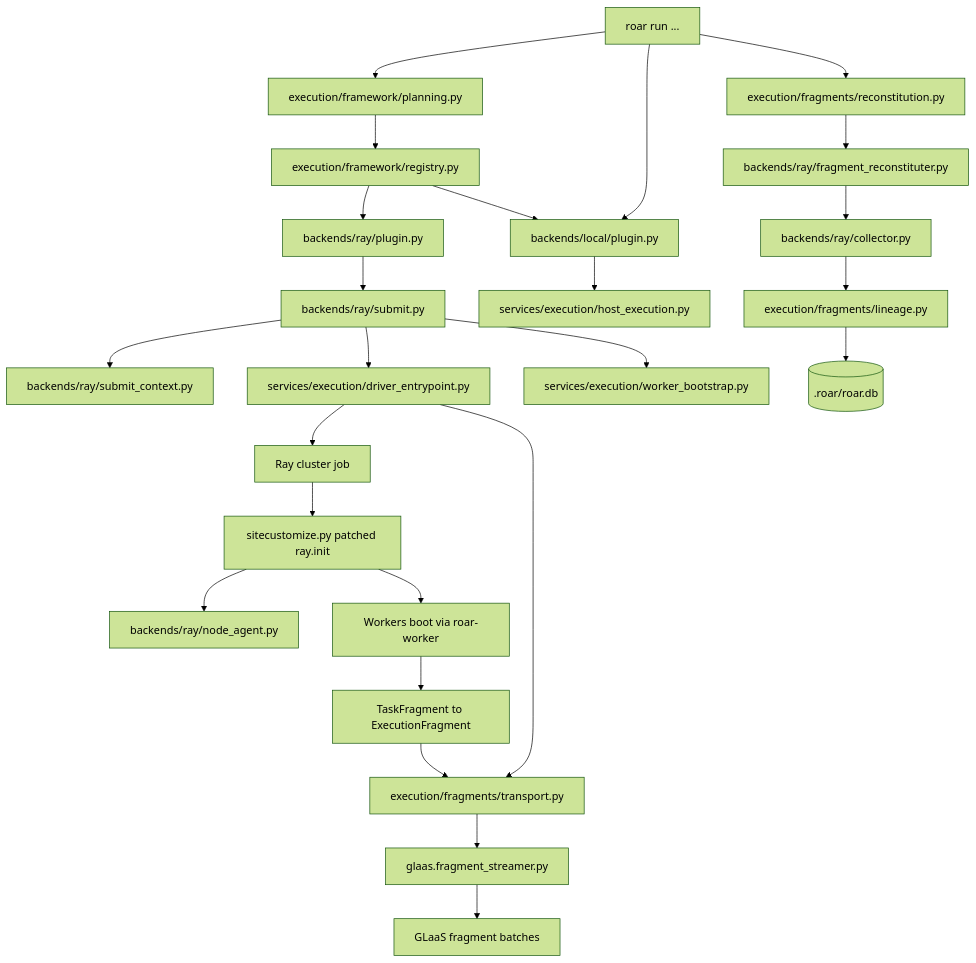
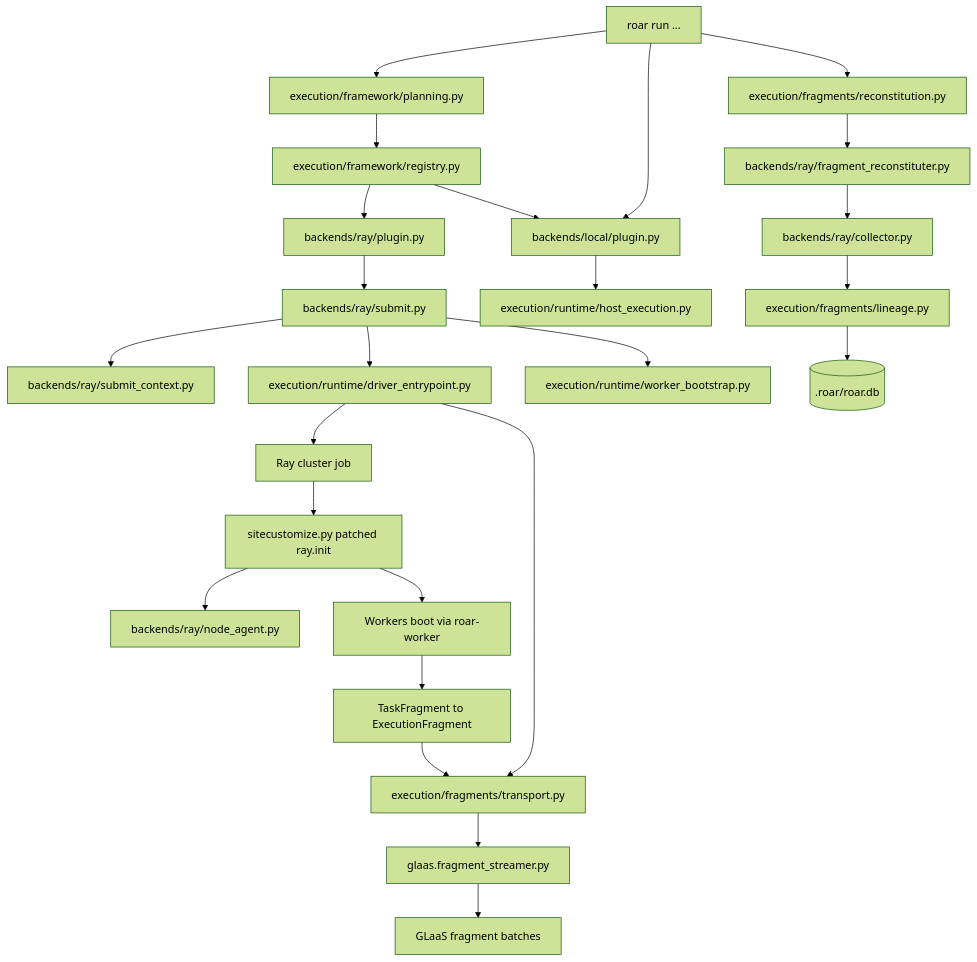
One commit to treqs/roar changed the first of 2 diagrams in docs/developer/ray-integration.md. Above: the diagram before and after it, drawn with Mermaid (forest theme). The commit also changed other lines of this file and 37 other files, not shown here.

Commit message:
Move shared runtime stack into execution package

````diff
--- a/docs/developer/ray-integration.md
+++ b/docs/developer/ray-integration.md
@@ -24,27 +24,27 @@
 ```mermaid
 flowchart TD
     A[roar run ...] --> B[execution/framework/planning.py]
     B --> C[execution/framework/registry.py]
     C --> D0[backends/local/plugin.py]
     C --> D[backends/ray/plugin.py]
     D --> E[backends/ray/submit.py]
     E --> F[backends/ray/submit_context.py]
-    E --> G[services/execution/driver_entrypoint.py]
-    E --> H[services/execution/worker_bootstrap.py]
+    E --> G[execution/runtime/driver_entrypoint.py]
+    E --> H[execution/runtime/worker_bootstrap.py]
     A --> D0
-    D0 --> H0[services/execution/host_execution.py]
+    D0 --> H0[execution/runtime/host_execution.py]
     G --> I[Ray cluster job]
     I --> J[sitecustomize.py patched ray.init]
     J --> K[backends/ray/node_agent.py]
     J --> L[Workers boot via roar-worker]
     L --> M[TaskFragment to ExecutionFragment]
     M --> N[execution/fragments/transport.py]
     N --> O[glaas.fragment_streamer.py]
     O --> P[GLaaS fragment batches]
     A --> Q[execution/fragments/reconstitution.py]
     Q --> R[backends/ray/fragment_reconstituter.py]
     R --> S[backends/ray/collector.py]
     S --> T[execution/fragments/lineage.py]
     T --> U[(.roar/roar.db)]
     G --> N
 ```
````
